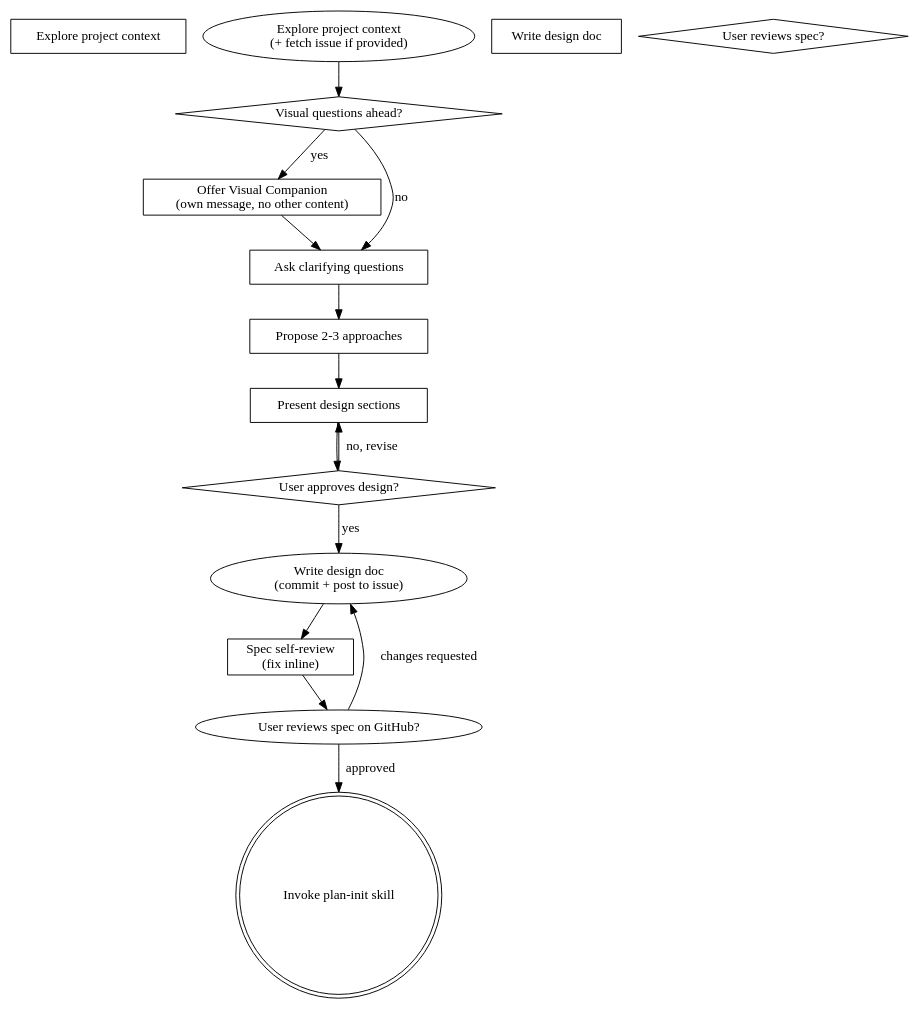
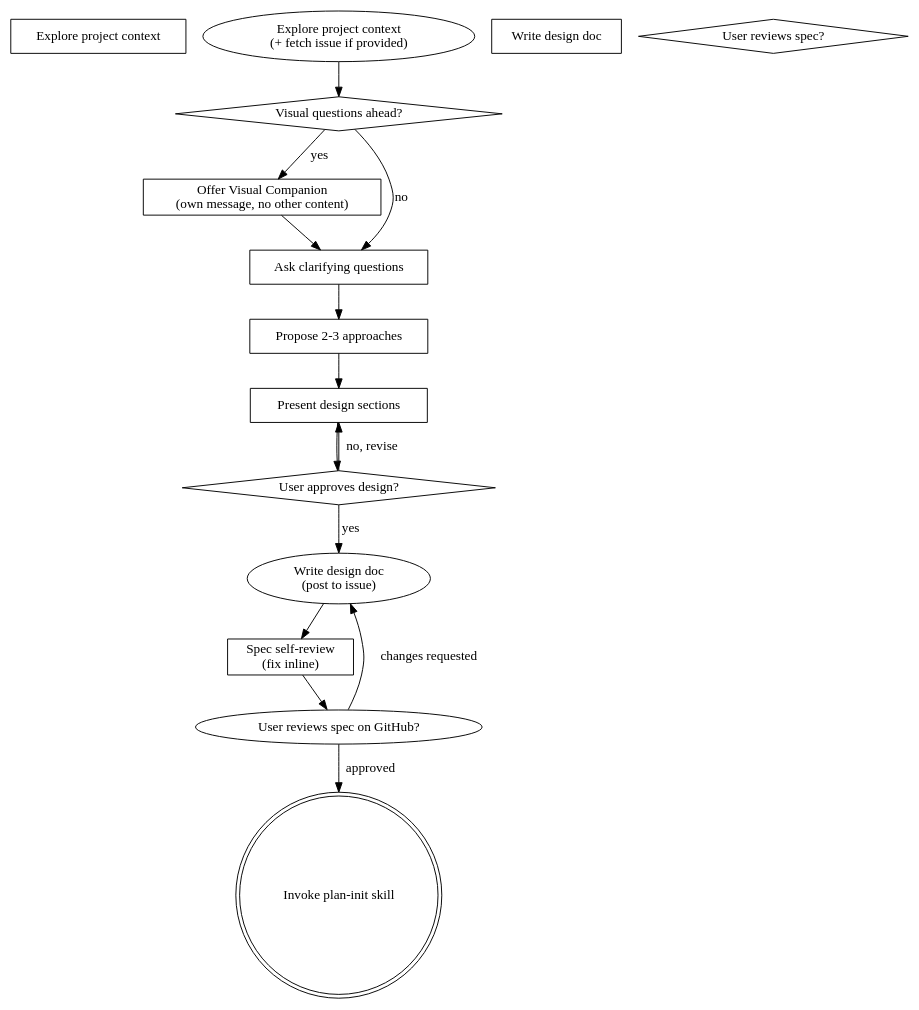
One commit to 0k-software/.github changed the diagram in 0k/skills/brainstorming/SKILL.md. Above: the diagram before and after it, drawn with Graphviz. The commit also changed other lines of this file, not shown here.

First line of the commit message:
feat(brainstorming): make skill issue-only

````diff
--- a/0k/skills/brainstorming/SKILL.md
+++ b/0k/skills/brainstorming/SKILL.md
@@ -56,29 +63,29 @@
 ```dot
 digraph brainstorming {
     "Explore project context" [shape=box];
     "Visual questions ahead?" [shape=diamond];
     "Offer Visual Companion\n(own message, no other content)" [shape=box];
     "Ask clarifying questions" [shape=box];
     "Propose 2-3 approaches" [shape=box];
     "Present design sections" [shape=box];
     "User approves design?" [shape=diamond];
     "Write design doc" [shape=box];
     "Spec self-review\n(fix inline)" [shape=box];
     "User reviews spec?" [shape=diamond];
     "Invoke plan-init skill" [shape=doublecircle];
 
     "Explore project context\n(+ fetch issue if provided)" -> "Visual questions ahead?";
     "Visual questions ahead?" -> "Offer Visual Companion\n(own message, no other content)" [label="yes"];
     "Visual questions ahead?" -> "Ask clarifying questions" [label="no"];
     "Offer Visual Companion\n(own message, no other content)" -> "Ask clarifying questions";
     "Ask clarifying questions" -> "Propose 2-3 approaches";
     "Propose 2-3 approaches" -> "Present design sections";
     "Present design sections" -> "User approves design?";
     "User approves design?" -> "Present design sections" [label="no, revise"];
-    "User approves design?" -> "Write design doc\n(commit + post to issue)" [label="yes"];
-    "Write design doc\n(commit + post to issue)" -> "Spec self-review\n(fix inline)";
+    "User approves design?" -> "Write design doc\n(post to issue)" [label="yes"];
+    "Write design doc\n(post to issue)" -> "Spec self-review\n(fix inline)";
     "Spec self-review\n(fix inline)" -> "User reviews spec on GitHub?";
-    "User reviews spec on GitHub?" -> "Write design doc\n(commit + post to issue)" [label="changes requested"];
+    "User reviews spec on GitHub?" -> "Write design doc\n(post to issue)" [label="changes requested"];
     "User reviews spec on GitHub?" -> "Invoke plan-init skill" [label="approved"];
 }
 ```
````
